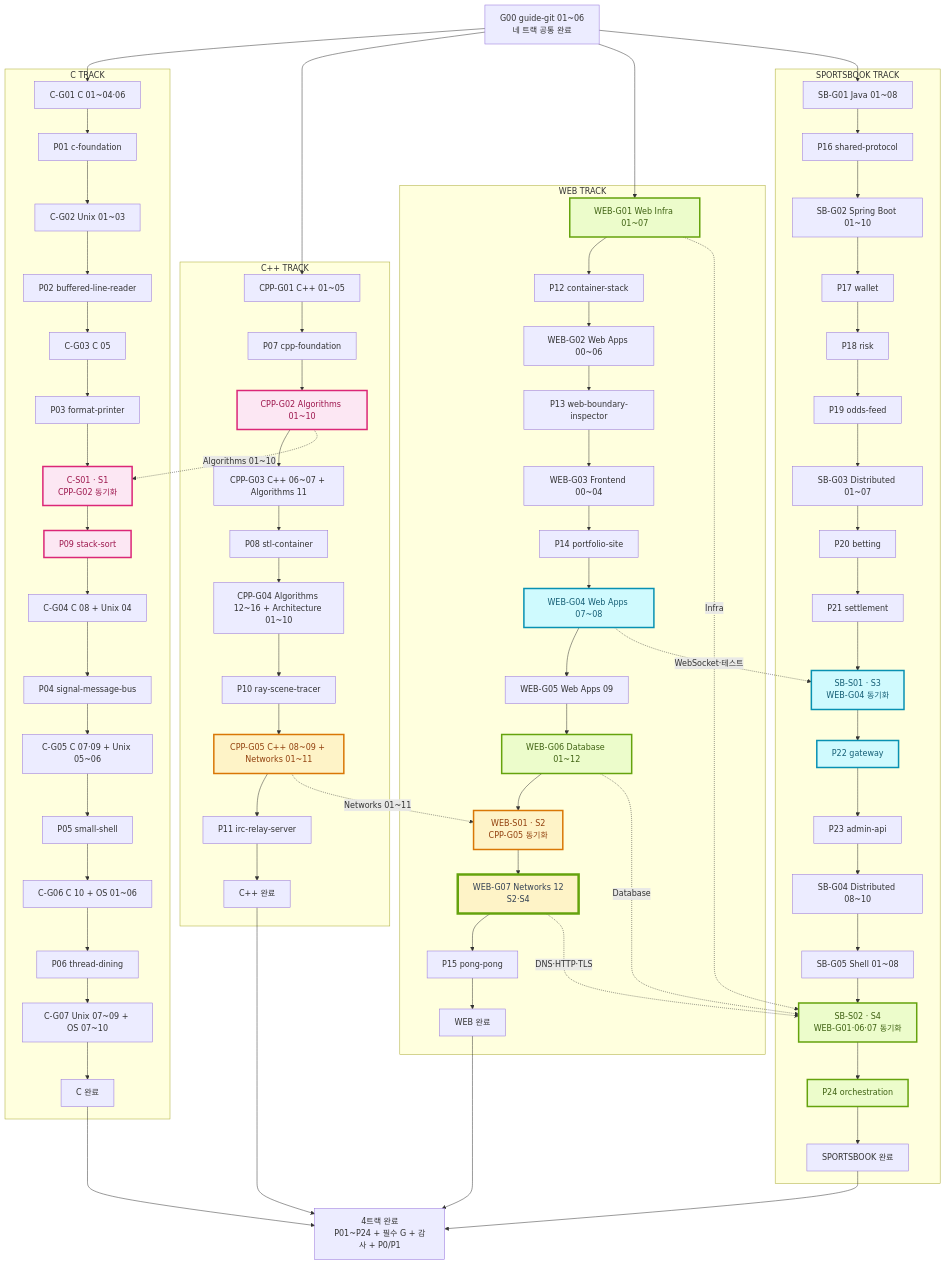
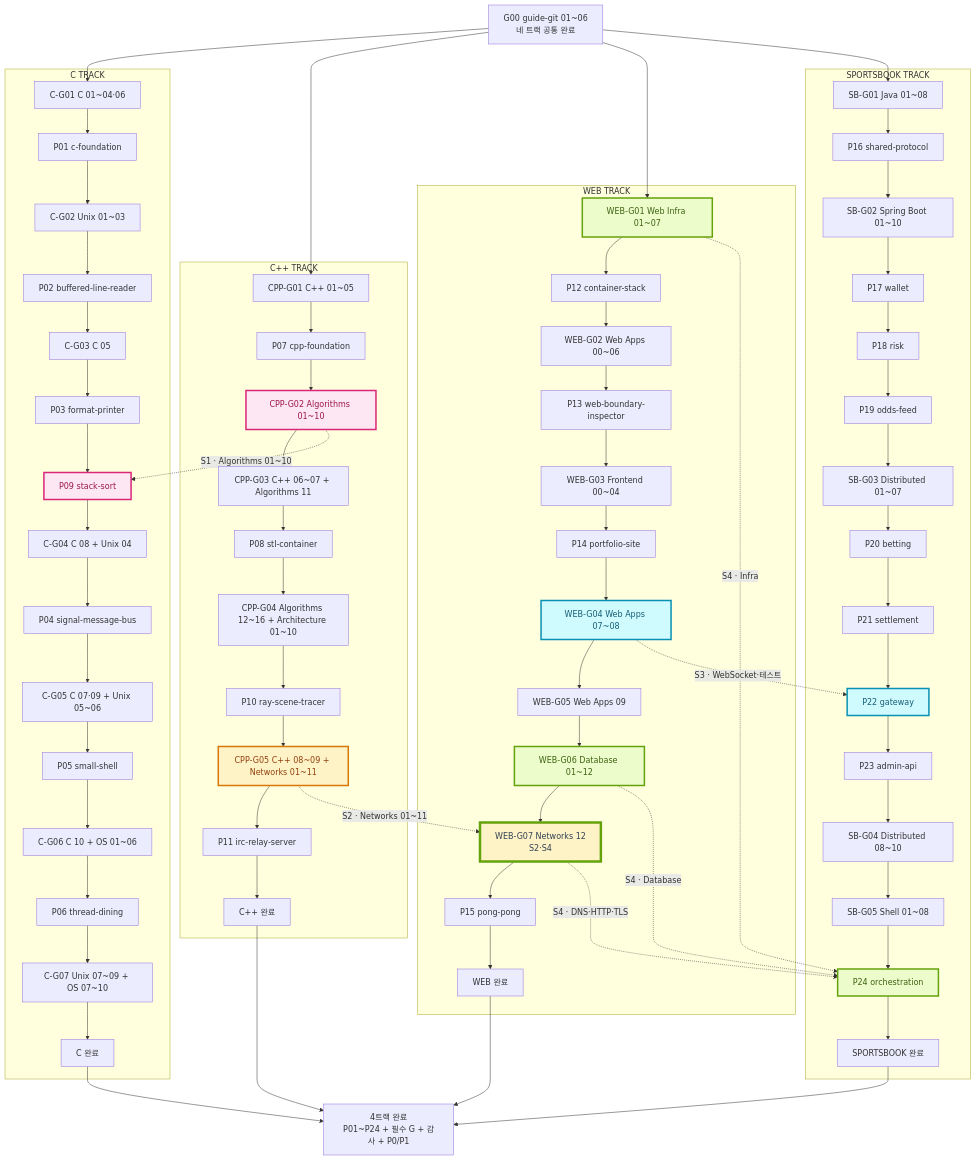
The diagram in assets/path/parallel-path.mmd (woopinbell/engineering-path-review), drawn with Mermaid before and after one commit. The commit also changed 14 other files, not shown here.

```diff
--- a/assets/path/parallel-path.mmd
+++ b/assets/path/parallel-path.mmd
@@ -1,66 +1,62 @@
 flowchart TB
   G00["G00 guide-git 01~06<br/>네 트랙 공통 완료"]
 
   subgraph C["C TRACK"]
     C1["C-G01 C 01~04·06"] --> P01["P01 c-foundation"]
     P01 --> C2["C-G02 Unix 01~03"] --> P02["P02 buffered-line-reader"]
-    P02 --> C3["C-G03 C 05"] --> P03["P03 format-printer"]
-    P03 --> CS1["C-S01 · S1<br/>CPP-G02 동기화"] --> P09["P09 stack-sort"]
+    P02 --> C3["C-G03 C 05"] --> P03["P03 format-printer"] --> P09["P09 stack-sort"]
     P09 --> C4["C-G04 C 08 + Unix 04"] --> P04["P04 signal-message-bus"]
     P04 --> C5["C-G05 C 07·09 + Unix 05~06"] --> P05["P05 small-shell"]
     P05 --> C6["C-G06 C 10 + OS 01~06"] --> P06["P06 thread-dining"]
     P06 --> C7["C-G07 Unix 07~09 + OS 07~10"] --> CDONE["C 완료"]
   end
 
   subgraph CPP["C++ TRACK"]
     X1["CPP-G01 C++ 01~05"] --> P07["P07 cpp-foundation"]
     P07 --> X2["CPP-G02 Algorithms 01~10"] --> X3["CPP-G03 C++ 06~07 + Algorithms 11"] --> P08["P08 stl-container"]
     P08 --> X4["CPP-G04 Algorithms 12~16 + Architecture 01~10"] --> P10["P10 ray-scene-tracer"]
     P10 --> X5["CPP-G05 C++ 08~09 + Networks 01~11"] --> P11["P11 irc-relay-server"] --> XDONE["C++ 완료"]
   end
 
   subgraph WEB["WEB TRACK"]
     W1["WEB-G01 Web Infra 01~07"] --> P12["P12 container-stack"]
     P12 --> W2["WEB-G02 Web Apps 00~06"] --> P13["P13 web-boundary-inspector"]
     P13 --> W3["WEB-G03 Frontend 00~04"] --> P14["P14 portfolio-site"]
     P14 --> W4["WEB-G04 Web Apps 07~08"] --> W5["WEB-G05 Web Apps 09"] --> W6["WEB-G06 Database 01~12"]
-    W6 --> WS1["WEB-S01 · S2<br/>CPP-G05 동기화"] --> W7["WEB-G07 Networks 12<br/>S2·S4"]
-    W7 --> P15["P15 pong-pong"] --> WDONE["WEB 완료"]
+    W6 --> W7["WEB-G07 Networks 12<br/>S2·S4"] --> P15["P15 pong-pong"] --> WDONE["WEB 완료"]
   end
 
   subgraph SB["SPORTSBOOK TRACK"]
     S1["SB-G01 Java 01~08"] --> P16["P16 shared-protocol"]
     P16 --> S2["SB-G02 Spring Boot 01~10"] --> P17["P17 wallet"] --> P18["P18 risk"] --> P19["P19 odds-feed"]
-    P19 --> S3["SB-G03 Distributed 01~07"] --> P20["P20 betting"] --> P21["P21 settlement"]
-    P21 --> SS1["SB-S01 · S3<br/>WEB-G04 동기화"] --> P22["P22 gateway"] --> P23["P23 admin-api"]
-    P23 --> S4["SB-G04 Distributed 08~10"] --> S5["SB-G05 Shell 01~08"]
-    S5 --> SS2["SB-S02 · S4<br/>WEB-G01·06·07 동기화"] --> P24["P24 orchestration"] --> SDONE["SPORTSBOOK 완료"]
+    P19 --> S3["SB-G03 Distributed 01~07"] --> P20["P20 betting"] --> P21["P21 settlement"] --> P22["P22 gateway"] --> P23["P23 admin-api"]
+    P23 --> S4["SB-G04 Distributed 08~10"] --> S5["SB-G05 Shell 01~08"] --> P24["P24 orchestration"] --> SDONE["SPORTSBOOK 완료"]
   end
 
   G00 --> C1
   G00 --> X1
   G00 --> W1
   G00 --> S1
 
-  X2 -. "Algorithms 01~10" .-> CS1
-  X5 -. "Networks 01~11" .-> WS1
-  W4 -. "WebSocket·테스트" .-> SS1
-  W1 -. "Infra" .-> SS2
-  W6 -. "Database" .-> SS2
-  W7 -. "DNS·HTTP·TLS" .-> SS2
+  X2 -. "S1 · Algorithms 01~10" .-> P09
+  X5 -. "S2 · Networks 01~11" .-> W7
+  W4 -. "S3 · WebSocket·테스트" .-> P22
+  W1 -. "S4 · Infra" .-> P24
+  W6 -. "S4 · Database" .-> P24
+  W7 -. "S4 · DNS·HTTP·TLS" .-> P24
 
   CDONE --> DONE["4트랙 완료<br/>P01~P24 + 필수 G + 감사 + P0/P1"]
   XDONE --> DONE
   WDONE --> DONE
   SDONE --> DONE
 
   classDef sync1 fill:#fce7f3,stroke:#db2777,color:#9d174d,stroke-width:3px;
   classDef sync2 fill:#fef3c7,stroke:#d97706,color:#92400e,stroke-width:3px;
   classDef sync3 fill:#cffafe,stroke:#0891b2,color:#155e75,stroke-width:3px;
   classDef sync4 fill:#ecfccb,stroke:#65a30d,color:#3f6212,stroke-width:3px;
   classDef sync24 fill:#fef3c7,stroke:#65a30d,color:#334155,stroke-width:5px;
-  class X2,CS1,P09 sync1;
-  class X5,WS1 sync2;
-  class W4,SS1,P22 sync3;
-  class W1,W6,SS2,P24 sync4;
+  class X2,P09 sync1;
+  class X5 sync2;
+  class W4,P22 sync3;
+  class W1,W6,P24 sync4;
   class W7 sync24;
```
